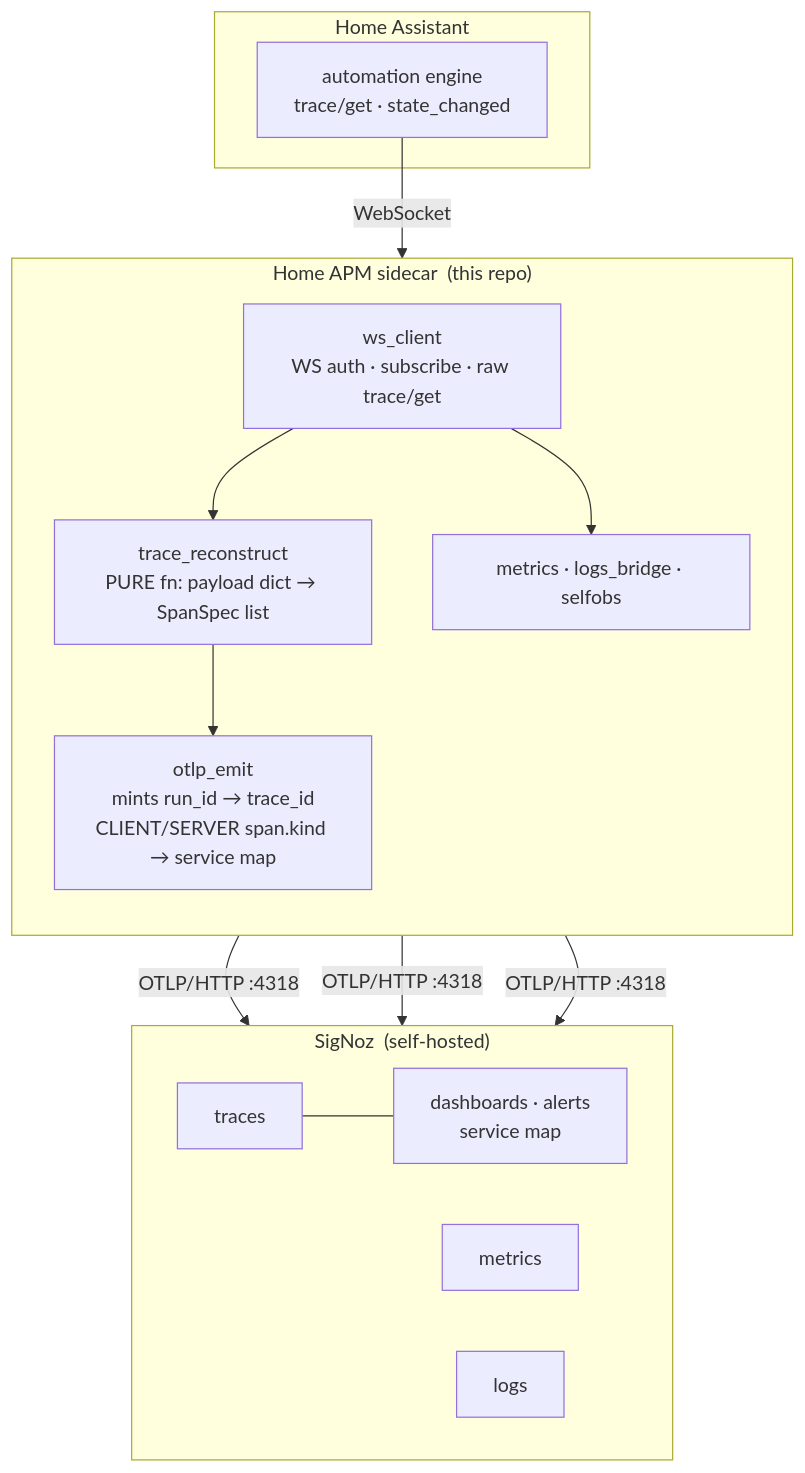
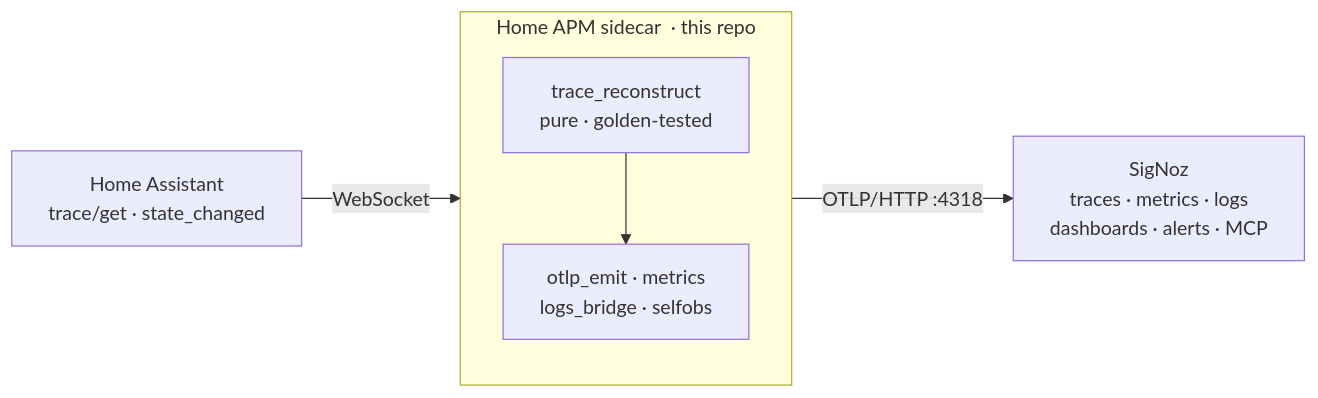
One commit to wiz-abhi/Home-APM changed the diagram in docs/diagrams/architecture.mmd. Above: the diagram before and after it, drawn with Mermaid. The commit also changed 6 other files, not shown here.

Commit message:
docs: streamline README (431->191 lines, lethe-style), compact non-ladder diagrams, drop live-loop

```diff
--- a/docs/diagrams/architecture.mmd
+++ b/docs/diagrams/architecture.mmd
@@ -1,25 +1,11 @@
-flowchart TB
-    subgraph HA["Home Assistant"]
-      AE["automation engine<br/>trace/get · state_changed"]
+flowchart LR
+    HA["Home Assistant<br/>trace/get · state_changed"]
+    subgraph SC["Home APM sidecar &nbsp;· this repo"]
+      direction TB
+      R["trace_reconstruct<br/>pure · golden-tested"]
+      E["otlp_emit · metrics<br/>logs_bridge · selfobs"]
+      R --> E
     end
-    subgraph SIDE["Home APM sidecar &nbsp;(this repo)"]
-      direction TB
-      WS["ws_client<br/>WS auth · subscribe · raw trace/get"]
-      TR["trace_reconstruct<br/>PURE fn: payload dict → SpanSpec list"]
-      EM["otlp_emit<br/>mints run_id → trace_id<br/>CLIENT/SERVER span.kind → service map"]
-      MET["metrics · logs_bridge · selfobs"]
-      WS --> TR --> EM
-      WS --> MET
-    end
-    subgraph SZ["SigNoz &nbsp;(self-hosted)"]
-      direction LR
-      T["traces"]
-      M["metrics"]
-      L["logs"]
-      D["dashboards · alerts<br/>service map"]
-      T --- D
-    end
-    AE -->|"WebSocket"| WS
-    EM -->|"OTLP/HTTP :4318"| T
-    MET -->|"OTLP/HTTP :4318"| M
-    MET -->|"OTLP/HTTP :4318"| L
+    SZ["SigNoz<br/>traces · metrics · logs<br/>dashboards · alerts · MCP"]
+    HA -->|"WebSocket"| SC
+    SC -->|"OTLP/HTTP :4318"| SZ
```
